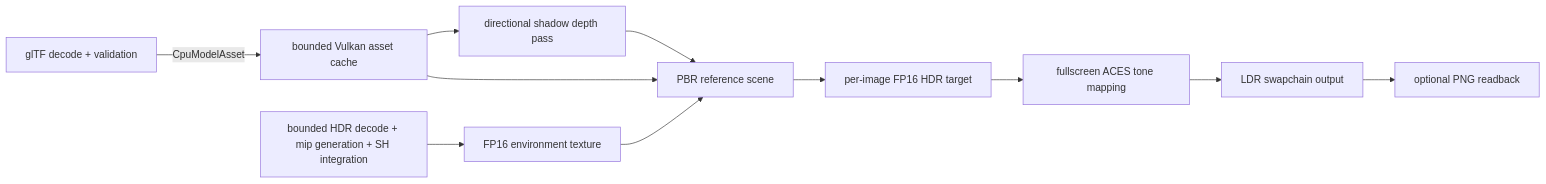
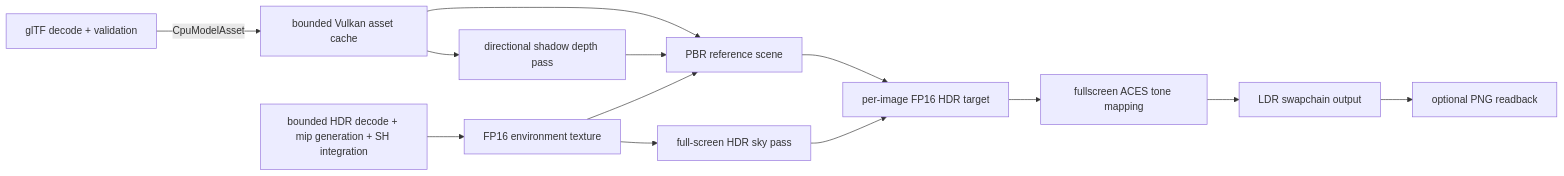
The diagram in docs/rendering/vulkan-pipeline.md (LarpingAgent/Project3.6k), drawn with Mermaid before and after one commit. The commit also changed other lines of this file and 9 other files, not shown here.

Commit message:
feat(rendering): draw HDR environment sky

````diff
--- a/docs/rendering/vulkan-pipeline.md
+++ b/docs/rendering/vulkan-pipeline.md
@@ -26,13 +26,15 @@
 ```mermaid
 flowchart LR
   CPU[glTF decode + validation] -->|CpuModelAsset| GPU[bounded Vulkan asset cache]
   HDRI[bounded HDR decode + mip generation + SH integration] --> EnvGPU[FP16 environment texture]
+  EnvGPU --> Sky[full-screen HDR sky pass]
+  Sky --> HDR[per-image FP16 HDR target]
   GPU --> Shadow[directional shadow depth pass]
   Shadow --> Scene[PBR reference scene]
+  Scene --> HDR
   EnvGPU --> Scene
   GPU --> Scene
-  Scene --> HDR[per-image FP16 HDR target]
   HDR --> ToneMap[fullscreen ACES tone mapping]
   ToneMap --> LDR[LDR swapchain output]
   LDR --> Capture[optional PNG readback]
 ```
````
